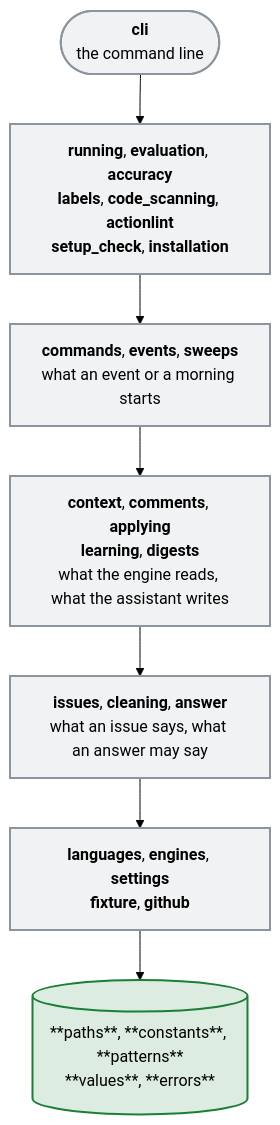
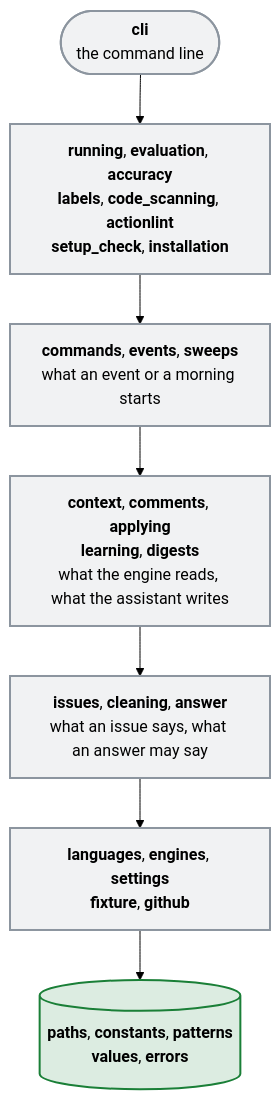
One commit to Dennis-Otto/issue-assistant changed the diagram in docs/diagrams/the-layers-of-the-package.mmd. Above: the diagram before and after it, drawn with Mermaid (forest theme). The commit also changed 11 other files, not shown here.

```diff
--- a/docs/diagrams/the-layers-of-the-package.mmd
+++ b/docs/diagrams/the-layers-of-the-package.mmd
@@ -1,15 +1,15 @@
 flowchart TB
   accTitle: The layers of the package
   accDescr: The package issue_assistant from the command line at the top to the ground: the command line in cli.py imports what runs the engine, evaluates and sets up a repository; those import the events, commands and sweeps; those the context, the comments, the application of an answer and the digest; those what reads an issue and an answer; those the settings, the languages, the engines and the client of GitHub; and those the ground of paths, constants, patterns, values and errors. A module imports only from below, and from those before it in its own layer.
   cli(["`**cli**<br>the command line`"])
   top["`**running**, **evaluation**, **accuracy**<br>**labels**, **code_scanning**, **actionlint**<br>**setup_check**, **installation**`"]
   handling["`**commands**, **events**, **sweeps**<br>what an event or a morning starts`"]
   writing["`**context**, **comments**, **applying**<br>**learning**, **digests**<br>what the engine reads, what the assistant writes`"]
   reading["`**issues**, **cleaning**, **answer**<br>what an issue says, what an answer may say`"]
   base["`**languages**, **engines**, **settings**<br>**fixture**, **github**`"]
-  ground[("**paths**, **constants**, **patterns**<br>**values**, **errors**")]
+  ground[("`**paths**, **constants**, **patterns**<br>**values**, **errors**`")]
   cli --> top --> handling --> writing --> reading --> base --> ground
   classDef code fill:#8c959f1f,stroke:#8c959f,stroke-width:2px
   classDef safe fill:#1a7f3726,stroke:#1a7f37,stroke-width:2px
   class cli,top,handling,writing,reading,base code
   class ground safe
```
